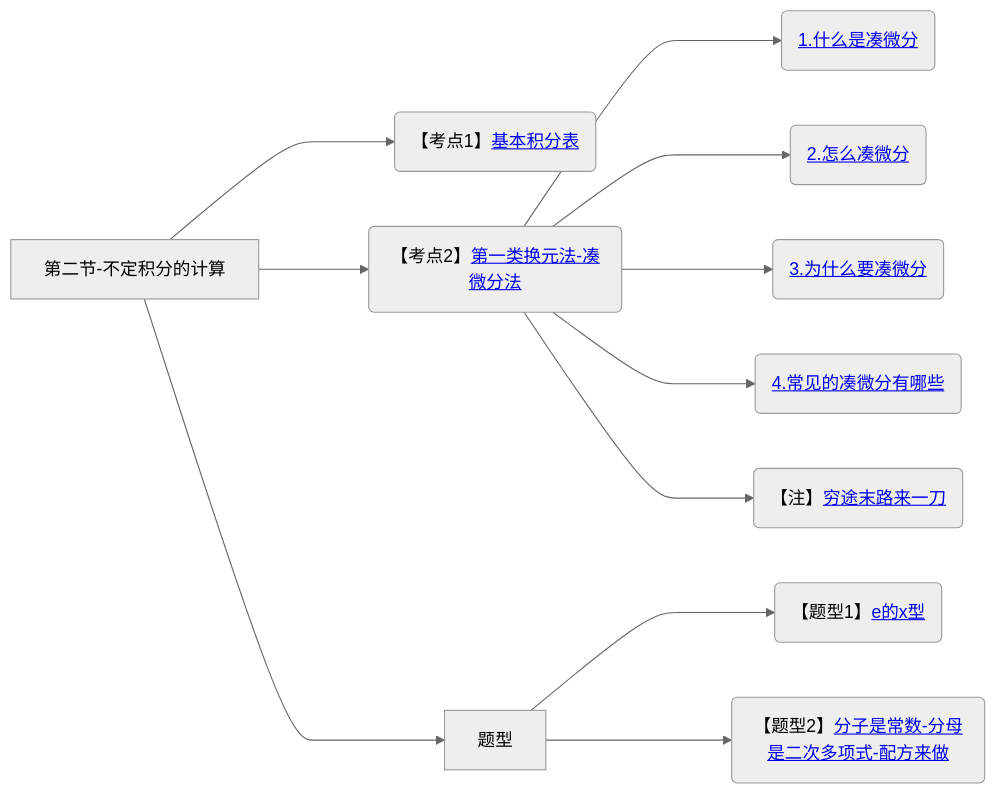
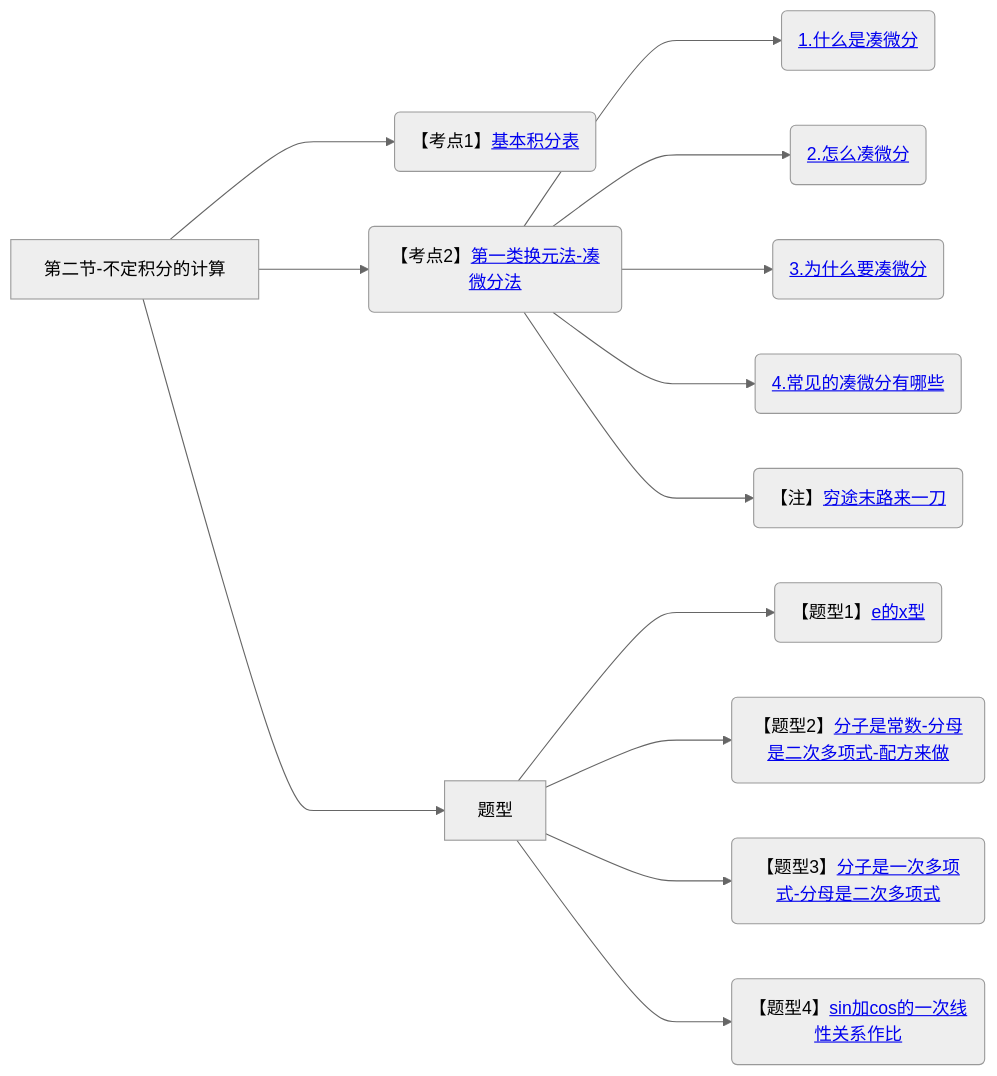
Before and after one commit to yuebinghui/note: diagram 18 of 18 in 笔记/数学/周洋鑫/01.基础班思维导图.md, drawn with Mermaid (neutral theme). The commit also changed 8 other files, not shown here.

````diff
--- a/笔记/数学/周洋鑫/01.基础班思维导图.md
+++ b/笔记/数学/周洋鑫/01.基础班思维导图.md
@@ -625,18 +625,20 @@
 ```mermaid
 graph LR
 第二节-不定积分的计算
 
 第二节-不定积分的计算--->基本积分表(【考点1】<a href="/Users/yuebinghui/Documents/program/github/note/笔记/数学/周洋鑫/基础班/18.不定积分_1.md#基本积分表">基本积分表</>)
 
 第二节-不定积分的计算--->第一类换元法-凑微分法(【考点2】<a href="/Users/yuebinghui/Documents/program/github/note/笔记/数学/周洋鑫/基础班/18.不定积分_1.md#第一类换元法-凑微分法">第一类换元法-凑微分法</>)
 第一类换元法-凑微分法--->1.什么是凑微分(<a href="/Users/yuebinghui/Documents/program/github/note/笔记/数学/周洋鑫/基础班/18.不定积分_1.md#1.什么是凑微分">1.什么是凑微分</>)
 第一类换元法-凑微分法--->2.怎么凑微分(<a href="/Users/yuebinghui/Documents/program/github/note/笔记/数学/周洋鑫/基础班/18.不定积分_1.md#2.怎么凑微分">2.怎么凑微分</>)
 第一类换元法-凑微分法--->3.为什么要凑微分(<a href="/Users/yuebinghui/Documents/program/github/note/笔记/数学/周洋鑫/基础班/18.不定积分_1.md#3.为什么要凑微分">3.为什么要凑微分</>)
 第一类换元法-凑微分法--->4.常见的凑微分有哪些(<a href="/Users/yuebinghui/Documents/program/github/note/笔记/数学/周洋鑫/基础班/18.不定积分_1.md#4.常见的凑微分有哪些">4.常见的凑微分有哪些</>)
 第一类换元法-凑微分法--->穷途末路来一刀(【注】<a href="/Users/yuebinghui/Documents/program/github/note/笔记/数学/周洋鑫/基础班/18.不定积分_1.md#穷途末路来一刀">穷途末路来一刀</>)
 
 第二节-不定积分的计算--->题型
 题型--->e的x型(【题型1】<a href="/Users/yuebinghui/Documents/program/github/note/笔记/数学/周洋鑫/基础班/18.不定积分_1.md#e的x型">e的x型</>)
 题型--->分子是常数-分母是二次多项式-配方来做(【题型2】<a href="/Users/yuebinghui/Documents/program/github/note/笔记/数学/周洋鑫/基础班/19.不定积分_2.md#分子是常数-分母是二次多项式-配方来做">分子是常数-分母是二次多项式-配方来做</>)
+题型--->分子是一次多项式-分母是二次多项式(【题型3】<a href="/Users/yuebinghui/Documents/program/github/note/笔记/数学/周洋鑫/基础班/19.不定积分_2.md#分子是一次多项式-分母是二次多项式">分子是一次多项式-分母是二次多项式</>)
+题型--->sin加cos的一次线性关系作比(【题型4】<a href="/Users/yuebinghui/Documents/program/github/note/笔记/数学/周洋鑫/基础班/19.不定积分_2.md#sin加cos的一次线性关系作比">sin加cos的一次线性关系作比</>)
 
 ```
````
